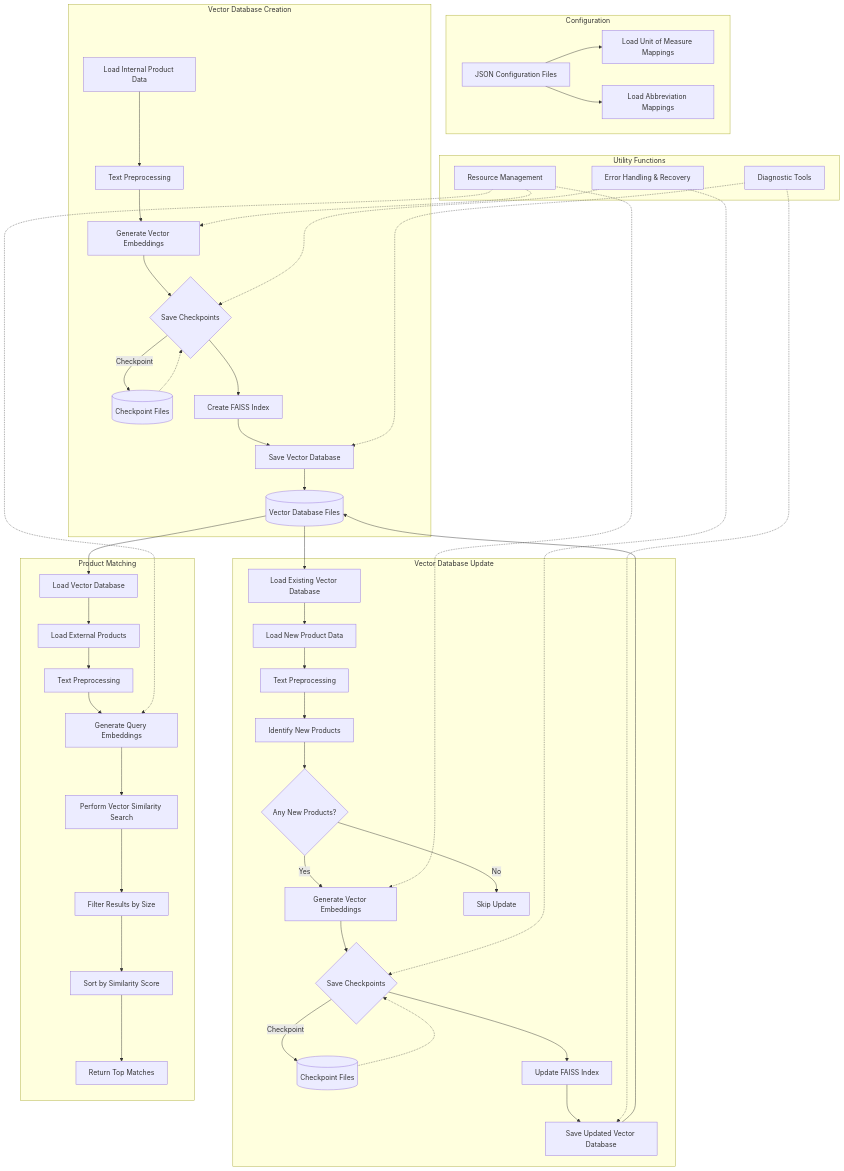
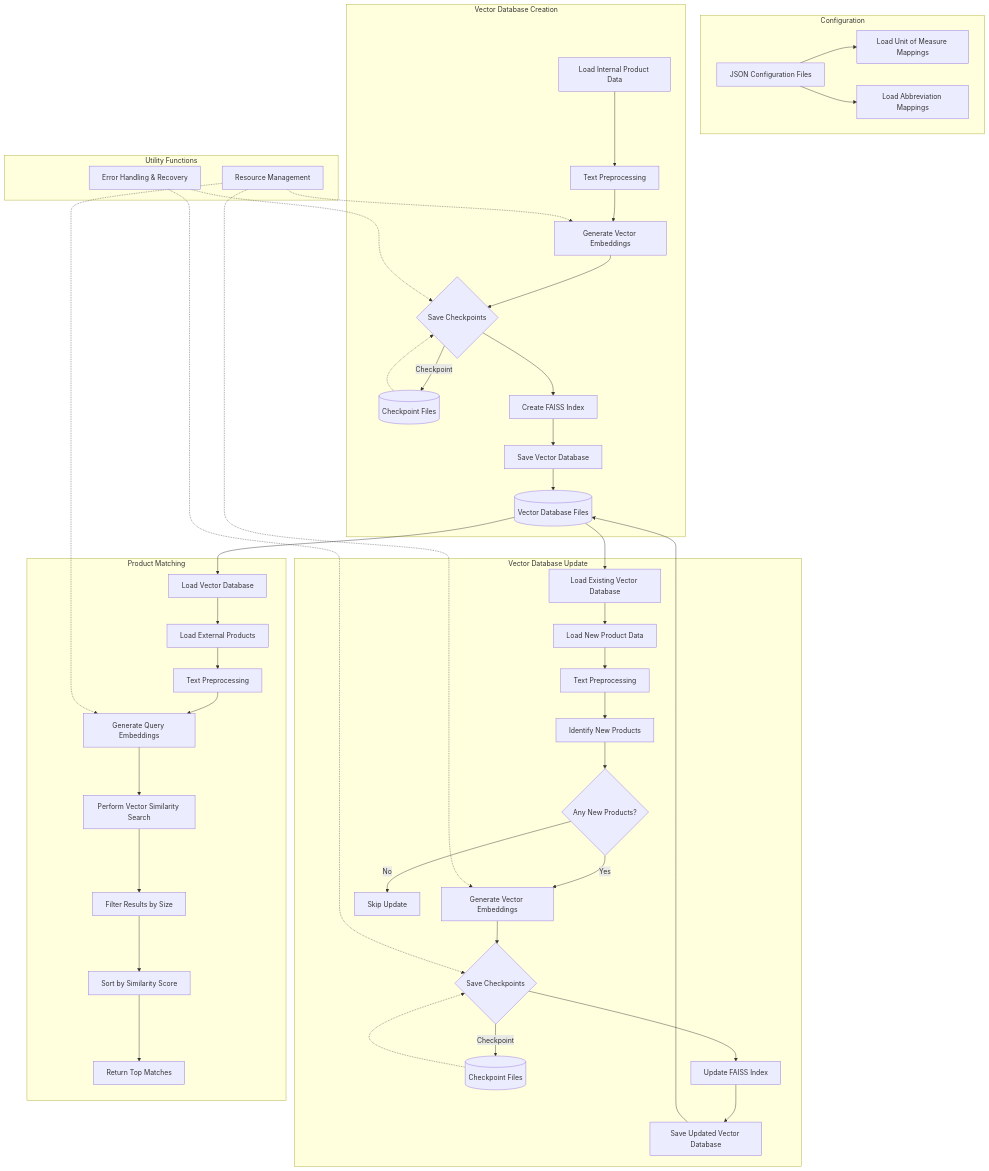
Before and after one commit to bonjourusman/product-matcher: the diagram in README.md, drawn with Mermaid.

````diff
--- a/README.md
+++ b/README.md
@@ -9,56 +9,54 @@
 ```mermaid
 graph TD
     subgraph "Configuration"
         A[JSON Configuration Files] --> B[Load Unit of Measure Mappings]
         A --> C[Load Abbreviation Mappings]
     end
 
     subgraph "Vector Database Creation"
         D[Load Internal Product Data] --> E[Text Preprocessing]
         E --> F[Generate Vector Embeddings]
         F --> G{Save Checkpoints}
         G -->|Checkpoint| H[(Checkpoint Files)]
         G --> I[Create FAISS Index]
         I --> J[Save Vector Database]
         J --> K[(Vector Database Files)]
     end
 
     subgraph "Vector Database Update"
         L[Load Existing Vector Database] --> M[Load New Product Data]
         M --> N[Text Preprocessing]
         N --> O[Identify New Products]
         O --> P{Any New Products?}
         P -->|Yes| Q[Generate Vector Embeddings]
         P -->|No| R[Skip Update]
         Q --> S{Save Checkpoints}
         S -->|Checkpoint| T[(Checkpoint Files)]
         S --> U[Update FAISS Index]
         U --> V[Save Updated Vector Database]
         V --> K
     end
 
     subgraph "Product Matching"
         W[Load Vector Database] --> X[Load External Products]
         X --> Y[Text Preprocessing]
         Y --> Z[Generate Query Embeddings]
         Z --> AA[Perform Vector Similarity Search]
         AA --> AB[Filter Results by Size]
         AB --> AC[Sort by Similarity Score]
         AC --> AD[Return Top Matches]
     end
 
     subgraph "Utility Functions"
-        AE[Diagnostic Tools] -.-> J
-        AE -.-> V
         AF[Resource Management] -.-> F
         AF -.-> Q
         AF -.-> Z
         AG[Error Handling & Recovery] -.-> G
         AG -.-> S
     end
 
     H -.-> G
     T -.-> S
     K --> L
     K --> W
 ```
````
